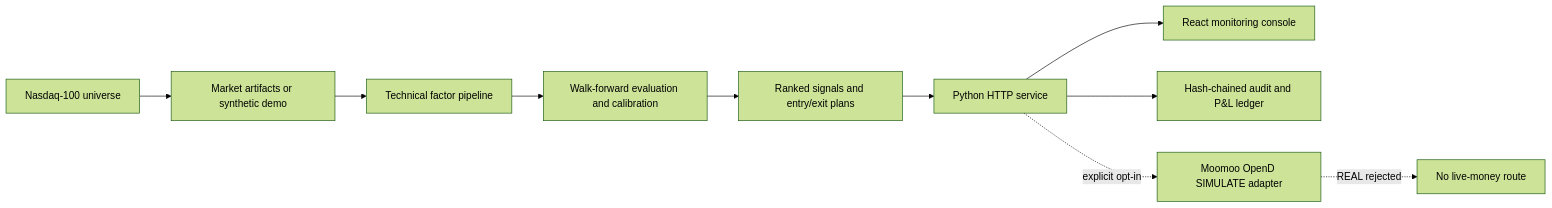
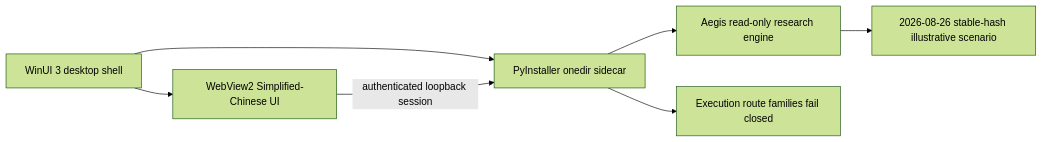
Before and after one commit to lzy2767865503-pixel/aegis-forecast: the diagram in README.md, drawn with Mermaid (forest theme). The commit also changed other lines of this file and 171 other files, not shown here.

````diff
--- a/README.md
+++ b/README.md
@@ -55,12 +49,9 @@
 ```mermaid
 flowchart LR
-    U["Nasdaq-100 universe"] --> D["Market artifacts or synthetic demo"]
-    D --> F["Technical factor pipeline"]
-    F --> W["Walk-forward evaluation and calibration"]
-    W --> S["Ranked signals and entry/exit plans"]
-    S --> API["Python HTTP service"]
-    API --> UI["React monitoring console"]
-    API --> A["Hash-chained audit and P&L ledger"]
-    API -. "explicit opt-in" .-> M["Moomoo OpenD SIMULATE adapter"]
-    M -. "REAL rejected" .-> X["No live-money route"]
+    W["WinUI 3 desktop shell"] --> V["WebView2 Simplified-Chinese UI"]
+    W --> P["PyInstaller onedir sidecar"]
+    V -->|"authenticated loopback session"| P
+    P --> R["Aegis read-only research engine"]
+    R --> D["2026-08-26 stable-hash illustrative scenario"]
+    P --> X["Execution route families fail closed"]
 ```
````
